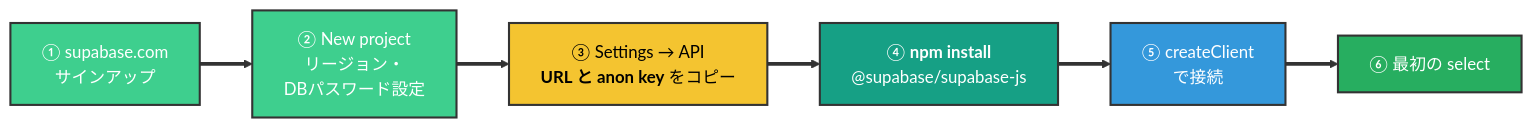
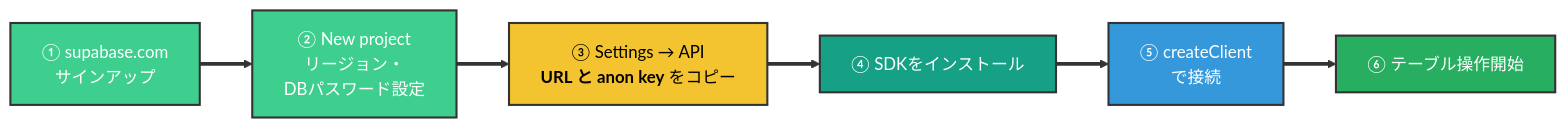
One commit to kasuyaofcb/tech_docs changed the fourth of 27 diagrams in supabase/supabase.md. Above: the diagram before and after it, drawn with Mermaid. The commit also changed other lines of this file, not shown here.

````diff
--- a/supabase/supabase.md
+++ b/supabase/supabase.md
@@ -89,15 +89,15 @@
 ```mermaid
 flowchart LR
     S1["① supabase.com<br/>サインアップ"] ==> S2["② New project<br/>リージョン・<br/>DBパスワード設定"]
     S2 ==> S3["③ Settings → API<br/><b>URL と anon key</b> をコピー"]
-    S3 ==> S4["④ <b>npm install</b><br/>@supabase/supabase-js"]
+    S3 ==> S4["④ SDKをインストール"]
     S4 ==> S5["⑤ createClient<br/>で接続"]
-    S5 ==> S6["⑥ 最初の select"]
+    S5 ==> S6["⑥ テーブル操作開始"]
 
     style S1 fill:#3ECF8E,color:#FFFFFF,stroke:#333,stroke-width:2px
     style S2 fill:#3ECF8E,color:#FFFFFF,stroke:#333,stroke-width:2px
     style S3 fill:#F4C430,color:#000,stroke:#333,stroke-width:2px
     style S4 fill:#16A085,color:#FFFFFF,stroke:#333,stroke-width:2px
     style S5 fill:#3498DB,color:#FFFFFF,stroke:#333,stroke-width:2px
     style S6 fill:#27AE60,color:#FFFFFF,stroke:#333,stroke-width:2px
 ```
````
